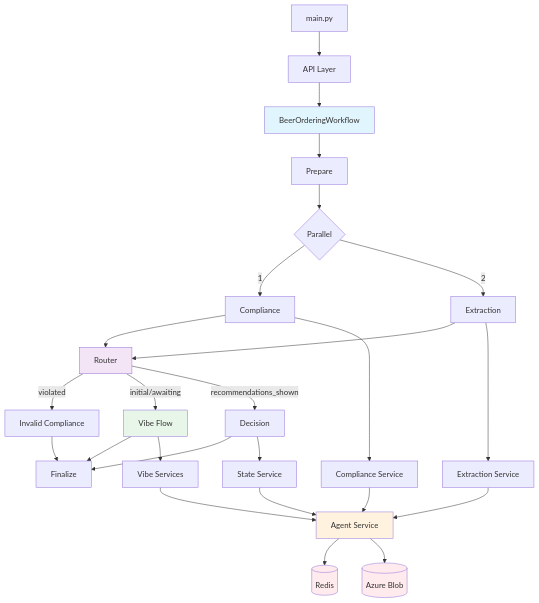
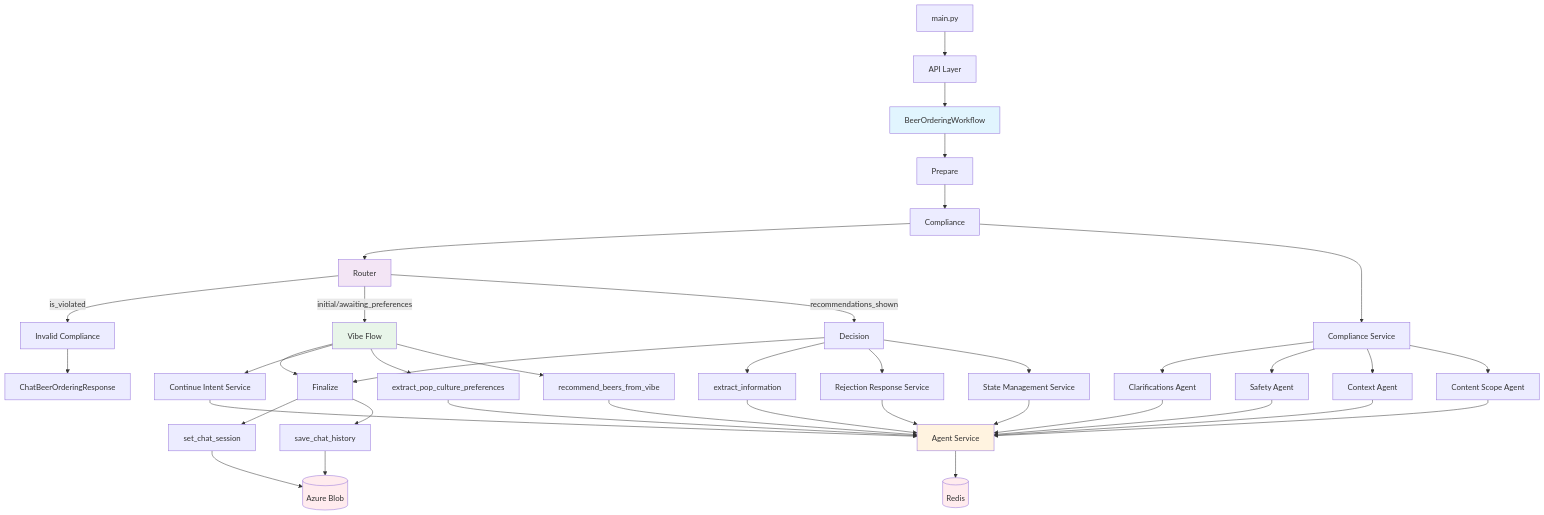
One commit to theAbyssOfTime2004/myVault changed the first of 2 diagrams in 6 - Main Notes/vibe-flow overview.md. Above: the diagram before and after it, drawn with Mermaid. The commit also changed other lines of this file and 2 other files, not shown here.

```diff
--- a/6 - Main Notes/vibe-flow overview.md
+++ b/6 - Main Notes/vibe-flow overview.md
@@ -19,19 +21,13 @@
 
 Workflow --> Prepare[Prepare]
 
-Prepare --> Parallel{Parallel}
-
-Parallel -->|1| Compliance[Compliance]
-
-Parallel -->|2| Extract[Extraction]
+Prepare --> Compliance[Compliance]
 
 Compliance --> Router[Router]
 
-Extract --> Router
+Router -->|is_violated| Invalid[Invalid Compliance]
 
-Router -->|violated| Invalid[Invalid Compliance]
-
-Router -->|initial/awaiting| VibeFlow[Vibe Flow]
+Router -->|initial/awaiting_preferences| VibeFlow[Vibe Flow]
 
 Router -->|recommendations_shown| Decision[Decision]
 
@@ -39,27 +35,53 @@
 
 Decision --> Finalize
 
-Invalid --> Finalize
+Invalid --> Response[ChatBeerOrderingResponse]
 
 Compliance --> CompSvc[Compliance Service]
 
-Extract --> ExtrSvc[Extraction Service]
+CompSvc --> Clarifications[Clarifications Agent]
 
-VibeFlow --> VibeSvc[Vibe Services]
+CompSvc --> Safety[Safety Agent]
 
-Decision --> StateSvc[State Service]
+CompSvc --> Context[Context Agent]
 
-CompSvc --> Agent[Agent Service]
+CompSvc --> ContentScope[Content Scope Agent]
 
-ExtrSvc --> Agent
+VibeFlow --> ContinueIntent[Continue Intent Service]
 
-VibeSvc --> Agent
+VibeFlow --> ExtractVibe[extract_pop_culture_preferences]
+
+VibeFlow --> RecommendVibe[recommend_beers_from_vibe]
+
+Decision --> ExtractInfo[extract_information]
+
+Decision --> RejectionSvc[Rejection Response Service]
+
+Decision --> StateSvc[State Management Service]
+
+Clarifications & Safety & Context & ContentScope --> Agent[Agent Service]
+
+ContinueIntent --> Agent
+
+ExtractVibe --> Agent
+
+RecommendVibe --> Agent
+
+ExtractInfo --> Agent
+
+RejectionSvc --> Agent
 
 StateSvc --> Agent
 
 Agent --> Redis[(Redis)]
 
-Agent --> Blob[(Azure Blob)]
+Finalize --> SetSession[set_chat_session]
+
+Finalize --> SaveHistory[save_chat_history]
+
+SetSession --> Blob[(Azure Blob)]
+
+SaveHistory --> Blob
 
 style Workflow fill:#e1f5fe
 
```
